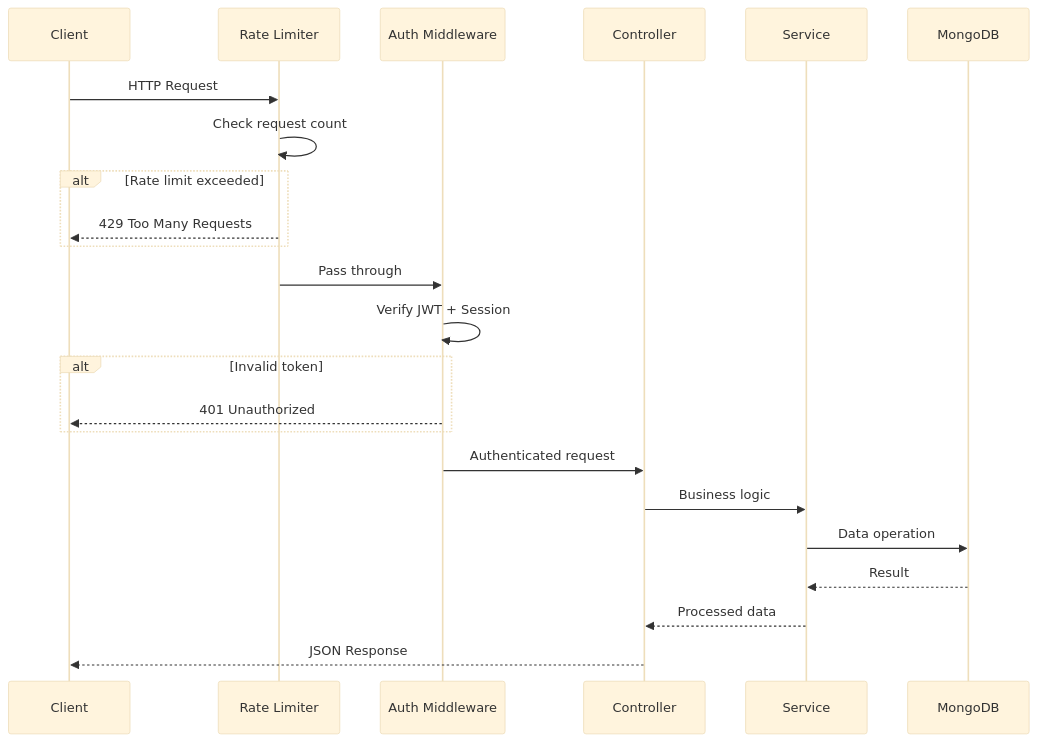
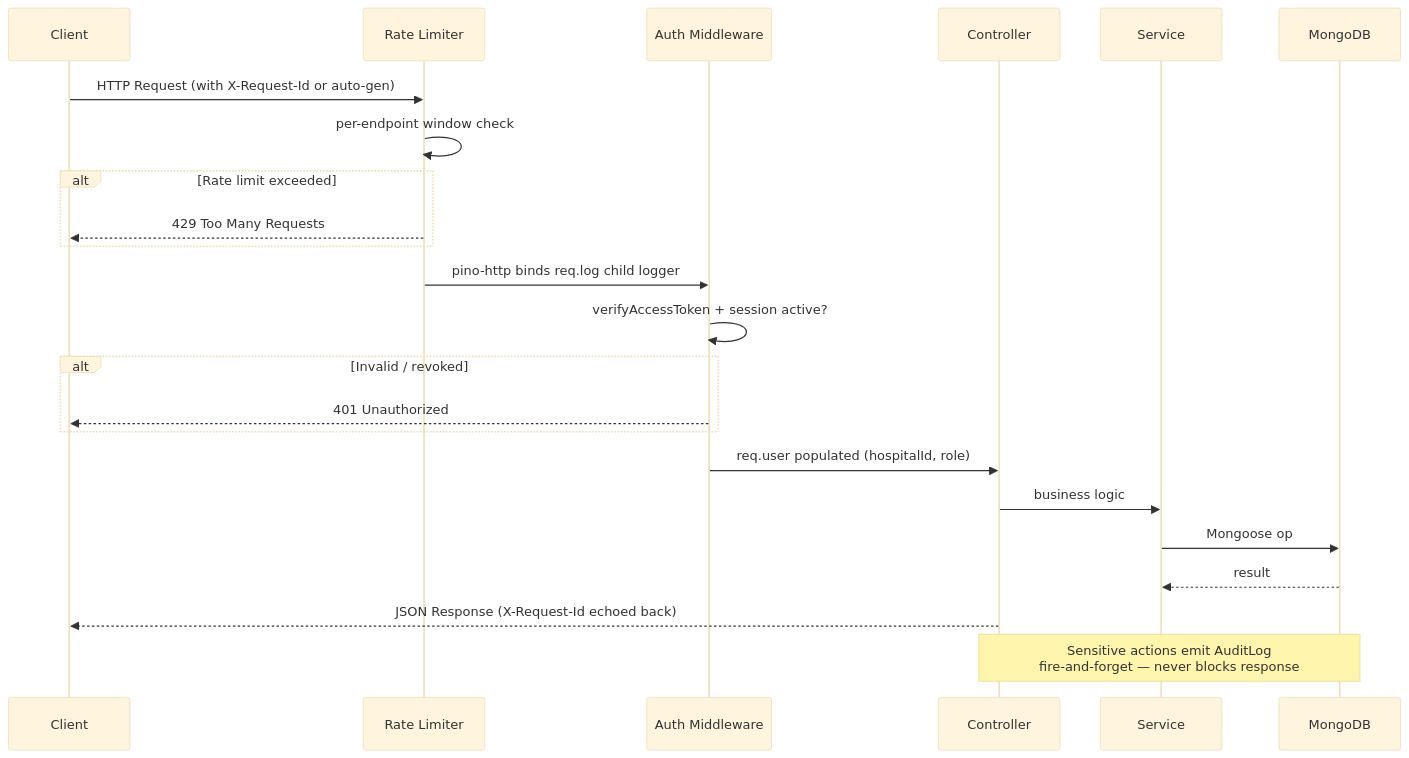
Before and after one commit to urvagandhi/Hospital-Management: the second of 5 diagrams in backend/README.md, drawn with Mermaid (base theme). The commit also changed other lines of this file and 5 other files, not shown here.

````diff
--- a/backend/README.md
+++ b/backend/README.md
@@ -52,26 +60,26 @@
 ```mermaid
 sequenceDiagram
     participant C as Client
     participant RL as Rate Limiter
     participant MW as Auth Middleware
     participant CT as Controller
     participant SV as Service
     participant DB as MongoDB
 
-    C->>RL: HTTP Request
-    RL->>RL: Check request count
+    C->>RL: HTTP Request (with X-Request-Id or auto-gen)
+    RL->>RL: per-endpoint window check
     alt Rate limit exceeded
         RL-->>C: 429 Too Many Requests
     end
-    RL->>MW: Pass through
-    MW->>MW: Verify JWT + Session
-    alt Invalid token
+    RL->>MW: pino-http binds req.log child logger
+    MW->>MW: verifyAccessToken + session active?
+    alt Invalid / revoked
         MW-->>C: 401 Unauthorized
     end
-    MW->>CT: Authenticated request
-    CT->>SV: Business logic
-    SV->>DB: Data operation
-    DB-->>SV: Result
-    SV-->>CT: Processed data
-    CT-->>C: JSON Response
+    MW->>CT: req.user populated (hospitalId, role)
+    CT->>SV: business logic
+    SV->>DB: Mongoose op
+    DB-->>SV: result
+    CT-->>C: JSON Response (X-Request-Id echoed back)
+    Note over CT,DB: Sensitive actions emit AuditLog<br/>fire-and-forget — never blocks response
 ```
````
